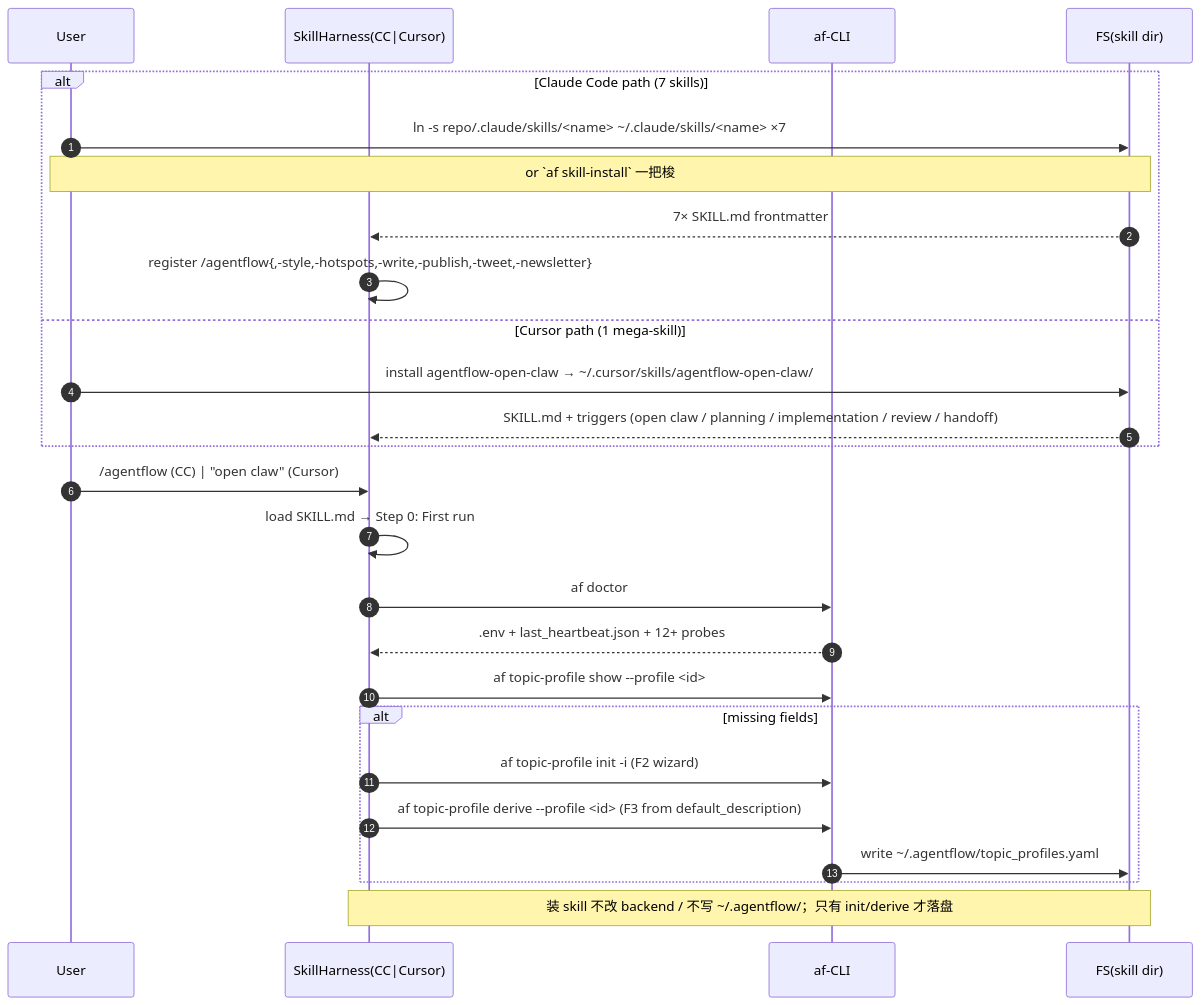
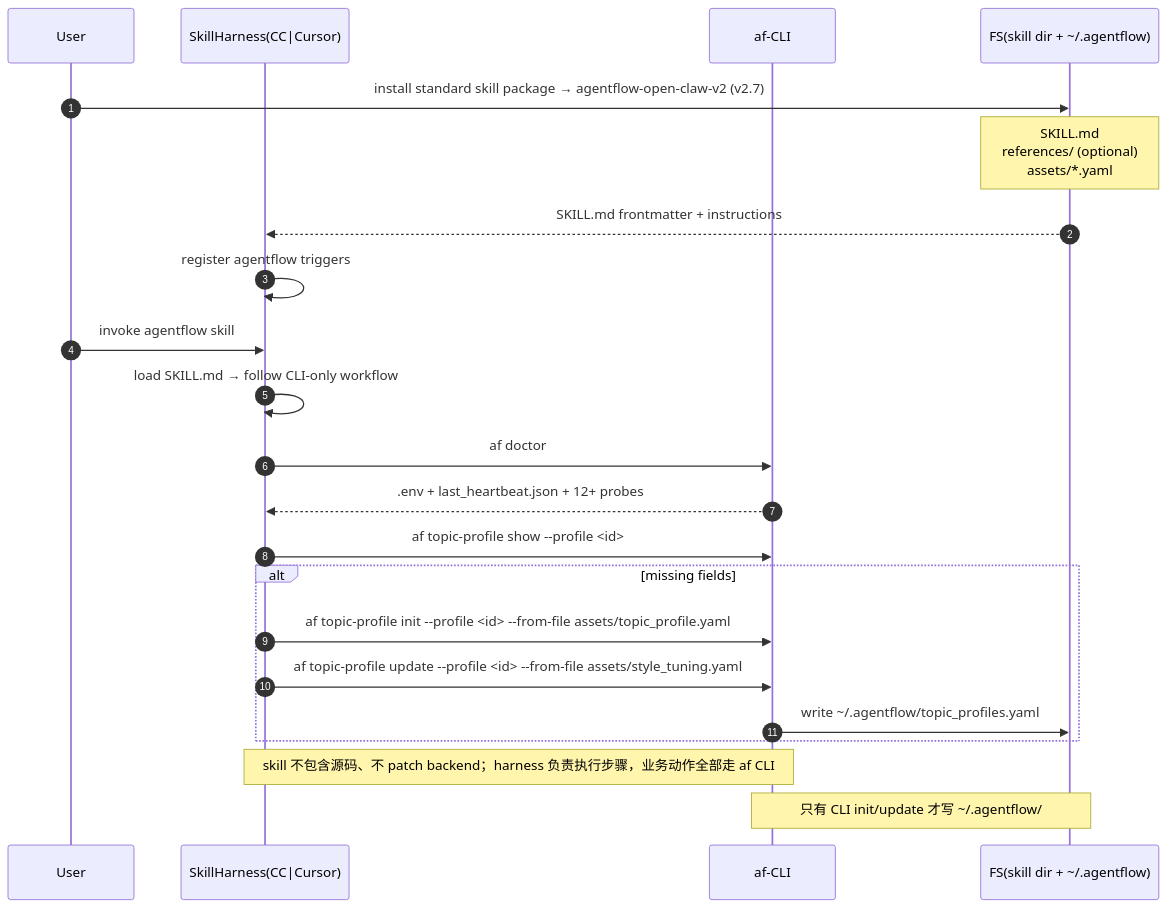
The first of 23 diagrams in docs/flows/USER_SCENARIOS.md (witness1993x/agentflow-article-publishing), drawn with Mermaid before and after one commit. The commit also changed other lines of this file and 19 other files, not shown here.

````diff
--- a/docs/flows/USER_SCENARIOS.md
+++ b/docs/flows/USER_SCENARIOS.md
@@ -17,28 +17,24 @@
 ```mermaid
 sequenceDiagram
     autonumber
     participant User
     participant SH as SkillHarness(CC|Cursor)
     participant CLI as af-CLI
-    participant FS as FS(skill dir)
-    alt Claude Code path (7 skills)
-        User->>FS: ln -s repo/.claude/skills/<name> ~/.claude/skills/<name> ×7
-        Note over User,FS: or `af skill-install` 一把梭
-        FS-->>SH: 7× SKILL.md frontmatter
-        SH->>SH: register /agentflow{,-style,-hotspots,-write,-publish,-tweet,-newsletter}
-    else Cursor path (1 mega-skill)
-        User->>FS: install agentflow-open-claw → ~/.cursor/skills/agentflow-open-claw/
-        FS-->>SH: SKILL.md + triggers (open claw / planning / implementation / review / handoff)
-    end
-    User->>SH: /agentflow (CC) | "open claw" (Cursor)
-    SH->>SH: load SKILL.md → Step 0: First run
+    participant FS as FS(skill dir + ~/.agentflow)
+    User->>FS: install standard skill package → agentflow-open-claw-v2 (v2.7)
+    Note over FS: SKILL.md<br/>references/ (optional)<br/>assets/*.yaml
+    FS-->>SH: SKILL.md frontmatter + instructions
+    SH->>SH: register agentflow triggers
+    User->>SH: invoke agentflow skill
+    SH->>SH: load SKILL.md → follow CLI-only workflow
     SH->>CLI: af doctor
     CLI-->>SH: .env + last_heartbeat.json + 12+ probes
     SH->>CLI: af topic-profile show --profile <id>
     alt missing fields
-        SH->>CLI: af topic-profile init -i  (F2 wizard)
-        SH->>CLI: af topic-profile derive --profile <id>  (F3 from default_description)
+        SH->>CLI: af topic-profile init --profile <id> --from-file assets/topic_profile.yaml
+        SH->>CLI: af topic-profile update --profile <id> --from-file assets/style_tuning.yaml
         CLI->>FS: write ~/.agentflow/topic_profiles.yaml
     end
-    Note over SH,FS: 装 skill 不改 backend / 不写 ~/.agentflow/；只有 init/derive 才落盘
+    Note over SH,CLI: skill 不包含源码、不 patch backend；harness 负责执行步骤，业务动作全部走 af CLI
+    Note over CLI,FS: 只有 CLI init/update 才写 ~/.agentflow/
 ```
````
